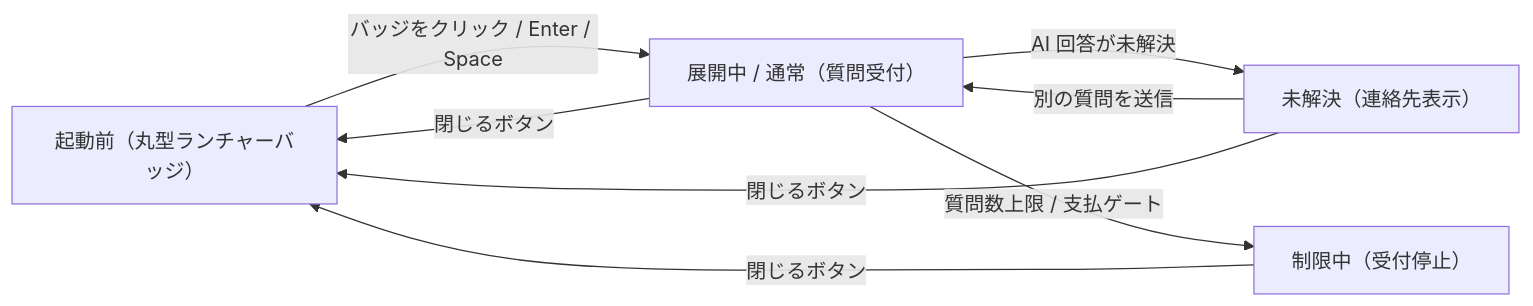
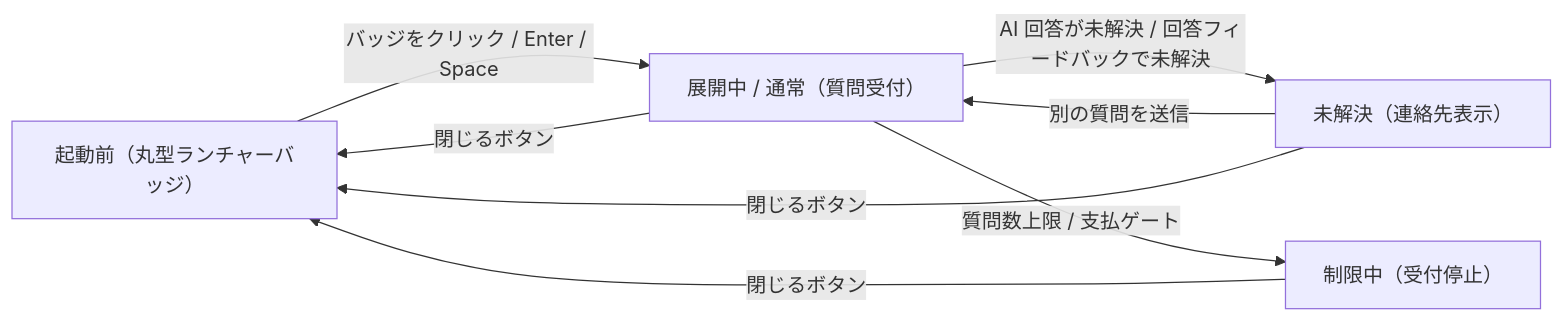
Before and after one commit to sikakou54/open-faq: the diagram in 02_basic_design/01_frontend/01_screens/SCR-030.md, drawn with Mermaid. The commit also changed other lines of this file and 32 other files, not shown here.

````diff
--- a/02_basic_design/01_frontend/01_screens/SCR-030.md
+++ b/02_basic_design/01_frontend/01_screens/SCR-030.md
@@ -22,14 +22,14 @@
 ```mermaid
 flowchart LR
   W0["起動前（丸型ランチャーバッジ）"]
   W1["展開中 / 通常（質問受付）"]
   W2["未解決（連絡先表示）"]
   W3["制限中（受付停止）"]
   W0 -->|バッジをクリック / Enter / Space| W1
   W1 -->|閉じるボタン| W0
-  W1 -->|AI 回答が未解決| W2
+  W1 -->|AI 回答が未解決 / 回答フィードバックで未解決| W2
   W2 -->|別の質問を送信| W1
   W2 -->|閉じるボタン| W0
   W1 -->|質問数上限 / 支払ゲート| W3
   W3 -->|閉じるボタン| W0
 ```
````
